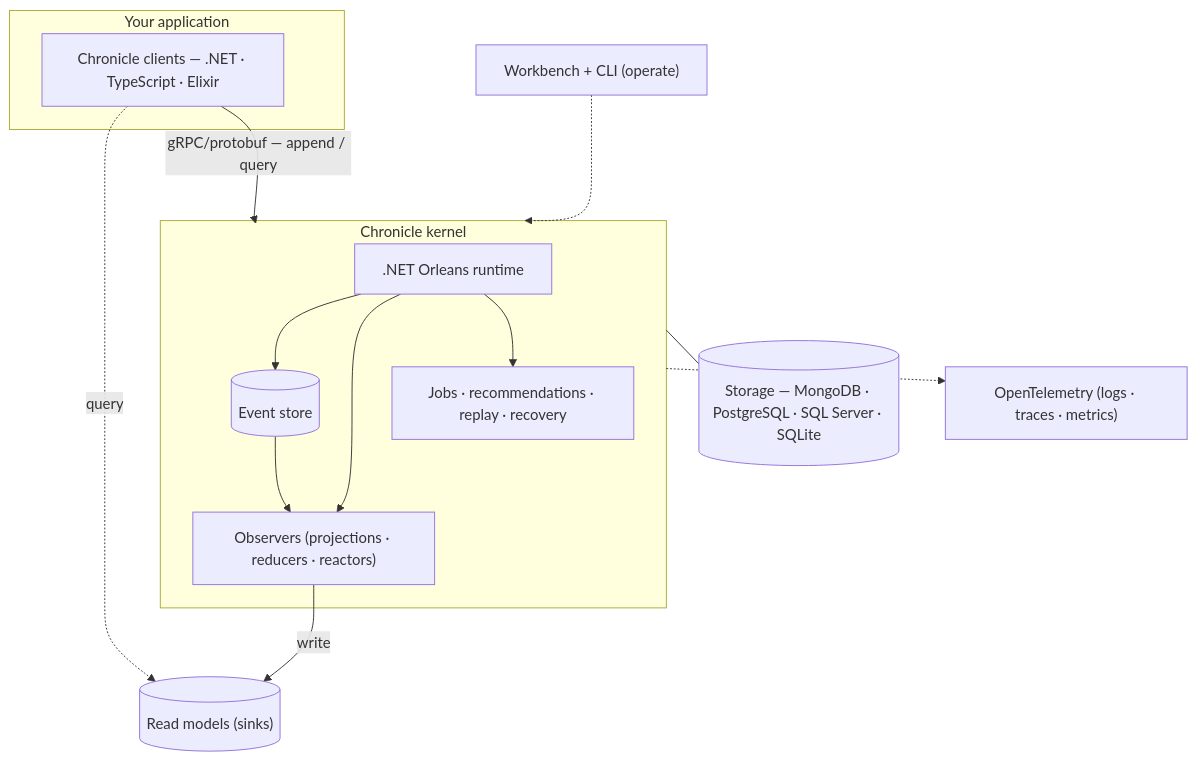
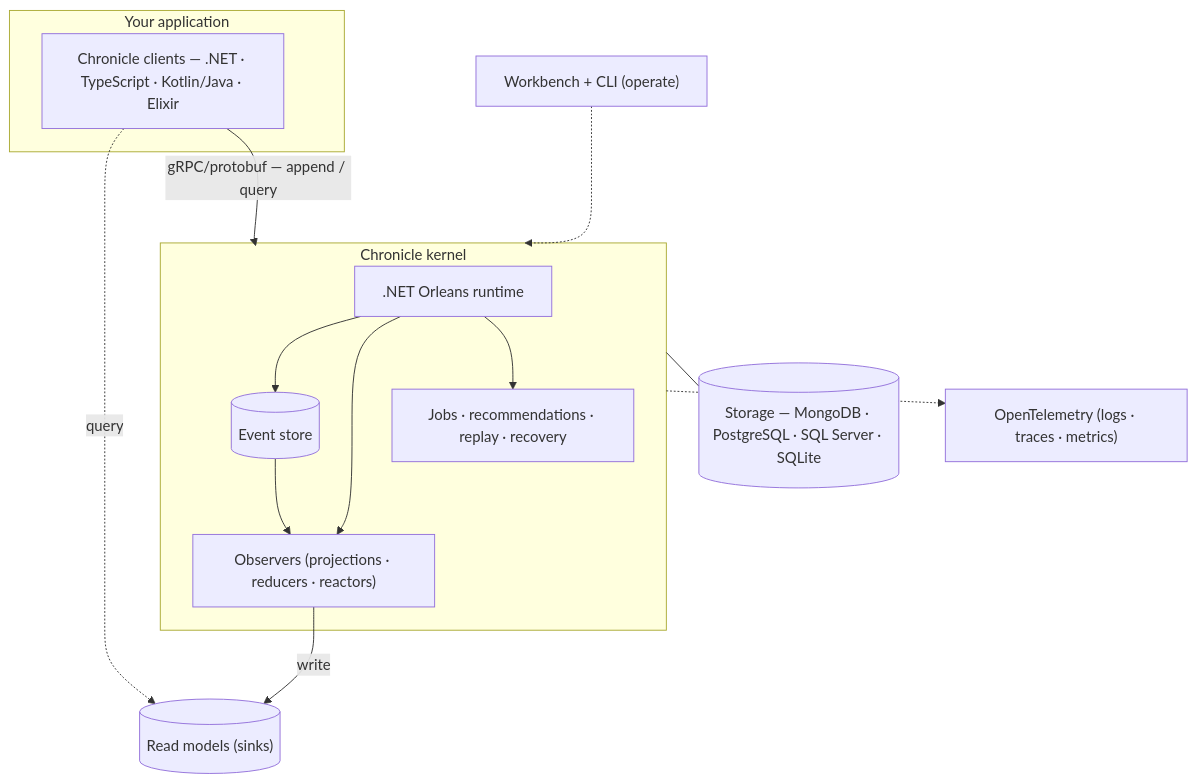
Before and after one commit to Cratis/Chronicle: the first of 2 diagrams in Documentation/architecture.md, drawn with Mermaid. The commit also changed other lines of this file and 11 other files, not shown here.

````diff
--- a/Documentation/architecture.md
+++ b/Documentation/architecture.md
@@ -12,27 +12,27 @@
 ```mermaid
 flowchart TB
     subgraph App["Your application"]
-        SDK["Chronicle clients — .NET · TypeScript · Elixir"]
+        SDK["Chronicle clients — .NET · TypeScript · Kotlin/Java · Elixir"]
     end
     subgraph Kernel["Chronicle kernel"]
         ORL[".NET Orleans runtime"]
         ES[("Event store")]
         OBS["Observers (projections · reducers · reactors)"]
         JOBS["Jobs · recommendations · replay · recovery"]
     end
     Store[("Storage — MongoDB · PostgreSQL · SQL Server · SQLite")]
     RM[("Read models (sinks)")]
     DB["Workbench + CLI (operate)"]
     OTEL["OpenTelemetry (logs · traces · metrics)"]
 
     SDK -->|gRPC/protobuf — append / query| Kernel
     ORL --> ES
     ORL --> OBS
     ORL --> JOBS
     ES --> OBS
     OBS -->|write| RM
     Kernel --- Store
     SDK -.->|query| RM
     DB -.-> Kernel
     Kernel -.-> OTEL
 ```
````
